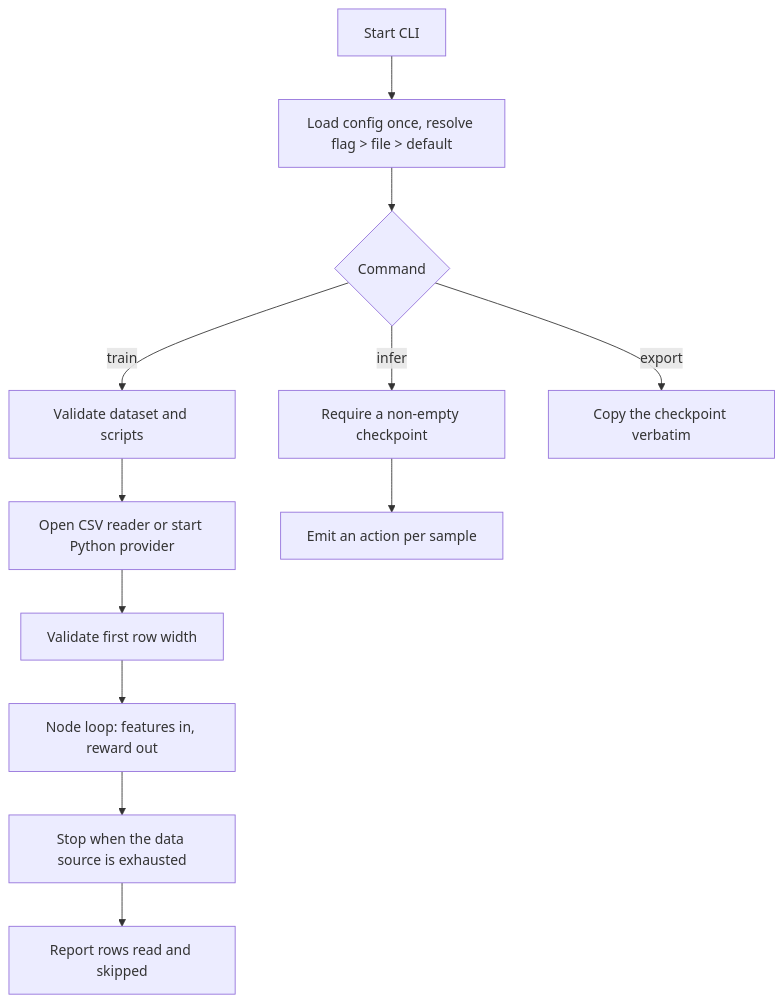
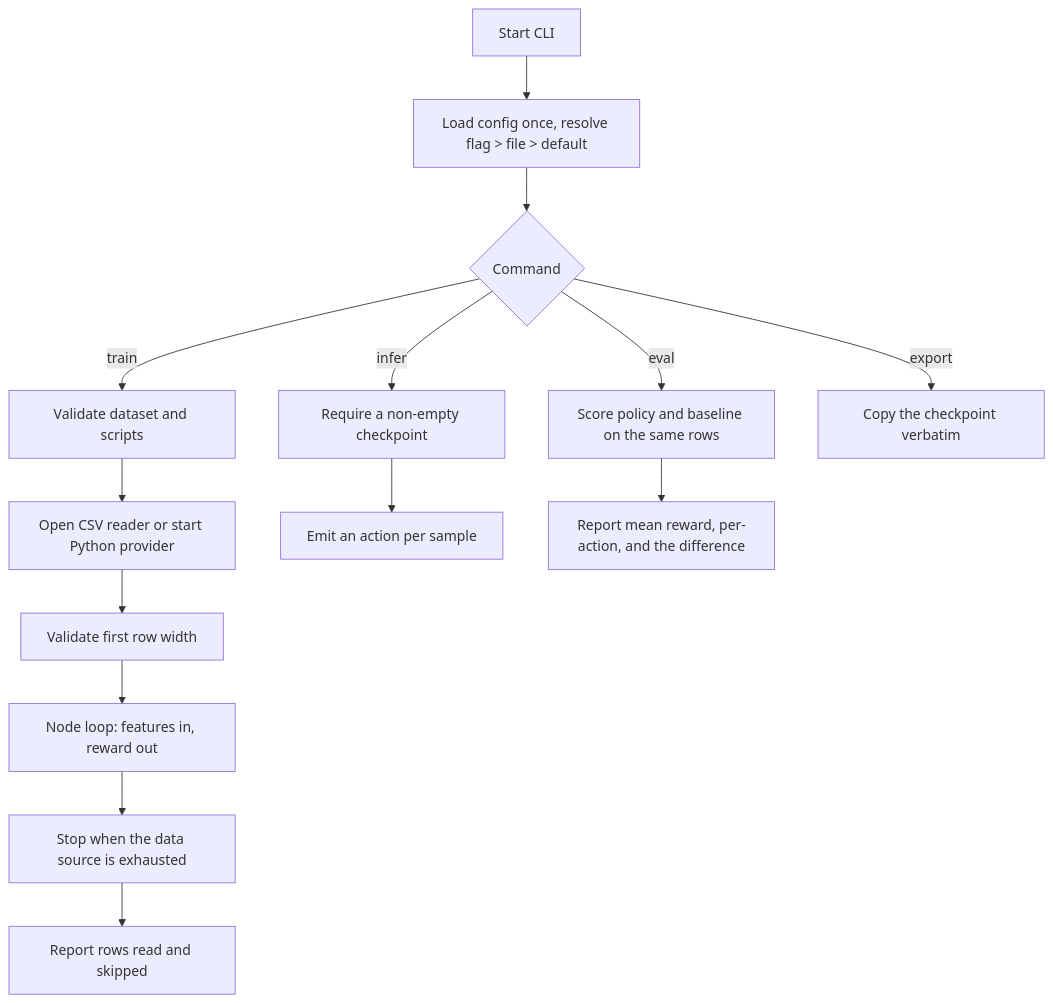
One commit to ali-heidari/RLT-CLI changed the diagram in README.md. Above: the diagram before and after it, drawn with Mermaid. The commit also changed other lines of this file and 8 other files, not shown here.

````diff
--- a/README.md
+++ b/README.md
@@ -28,14 +28,16 @@
 ```mermaid
 flowchart TD
     A[Start CLI] --> B[Load config once, resolve flag > file > default]
     B --> C{Command}
     C --> |train| D[Validate dataset and scripts]
     D --> E[Open CSV reader or start Python provider]
     E --> F[Validate first row width]
     F --> G[Node loop: features in, reward out]
     G --> H[Stop when the data source is exhausted]
     H --> I[Report rows read and skipped]
     C --> |infer| J[Require a non-empty checkpoint]
     J --> K[Emit an action per sample]
+    C --> |eval| M[Score policy and baseline on the same rows]
+    M --> N[Report mean reward, per-action, and the difference]
     C --> |export| L[Copy the checkpoint verbatim]
 ```
````
